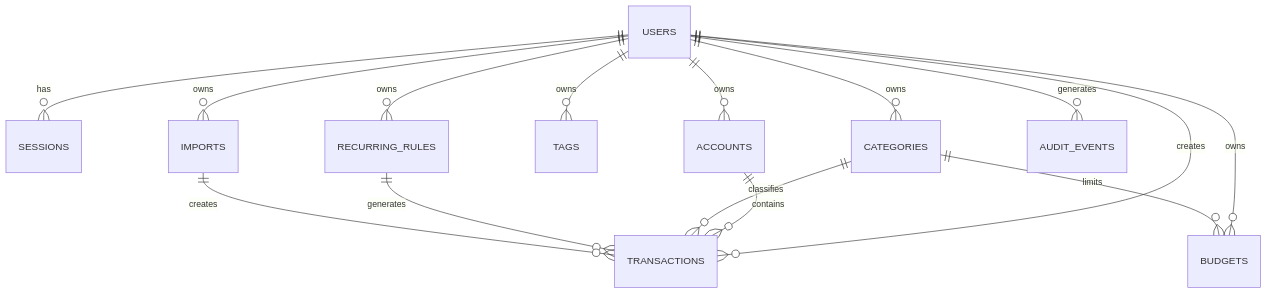
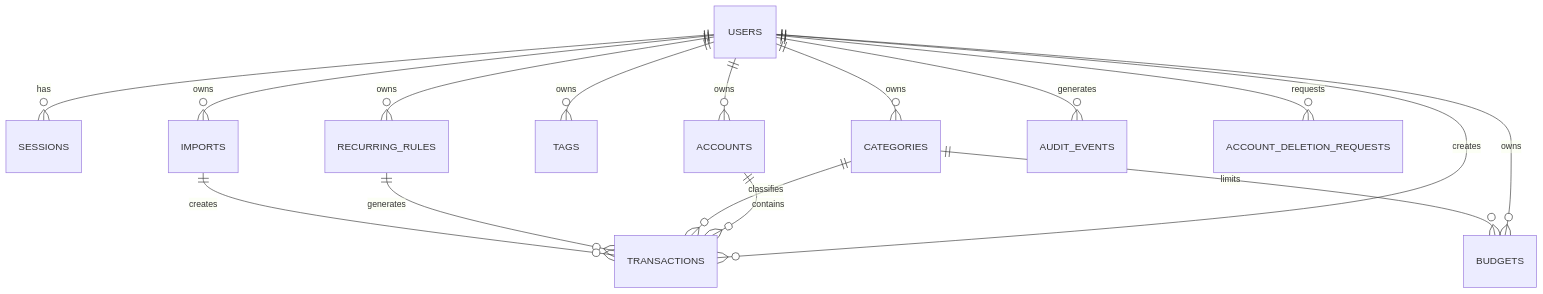
One commit to NoriEtoiles/money-tracker changed the diagram in docs/03_DATABASE_SCHEMA.md. Above: the diagram before and after it, drawn with Mermaid. The commit also changed other lines of this file and 29 other files, not shown here.

````diff
--- a/docs/03_DATABASE_SCHEMA.md
+++ b/docs/03_DATABASE_SCHEMA.md
@@ -475,18 +502,19 @@
 ```mermaid
 erDiagram
   USERS ||--o{ SESSIONS : has
   USERS ||--o{ ACCOUNTS : owns
   USERS ||--o{ CATEGORIES : owns
   USERS ||--o{ TAGS : owns
   USERS ||--o{ TRANSACTIONS : creates
   USERS ||--o{ BUDGETS : owns
   USERS ||--o{ RECURRING_RULES : owns
   USERS ||--o{ IMPORTS : owns
   USERS ||--o{ AUDIT_EVENTS : generates
+  USERS ||--o{ ACCOUNT_DELETION_REQUESTS : requests
 
   ACCOUNTS ||--o{ TRANSACTIONS : contains
   CATEGORIES ||--o{ TRANSACTIONS : classifies
   CATEGORIES ||--o{ BUDGETS : limits
   RECURRING_RULES ||--o{ TRANSACTIONS : generates
   IMPORTS ||--o{ TRANSACTIONS : creates
 ```
````
